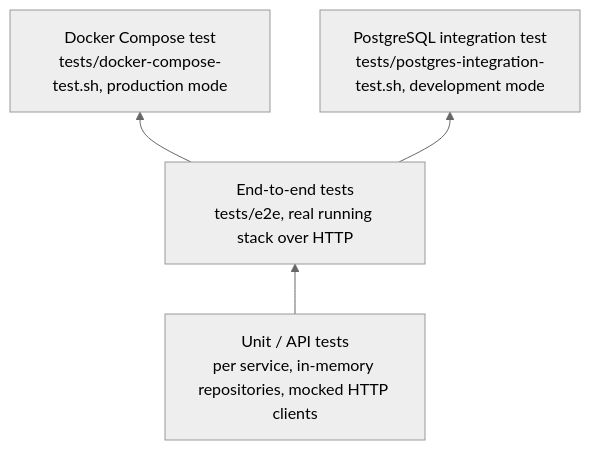
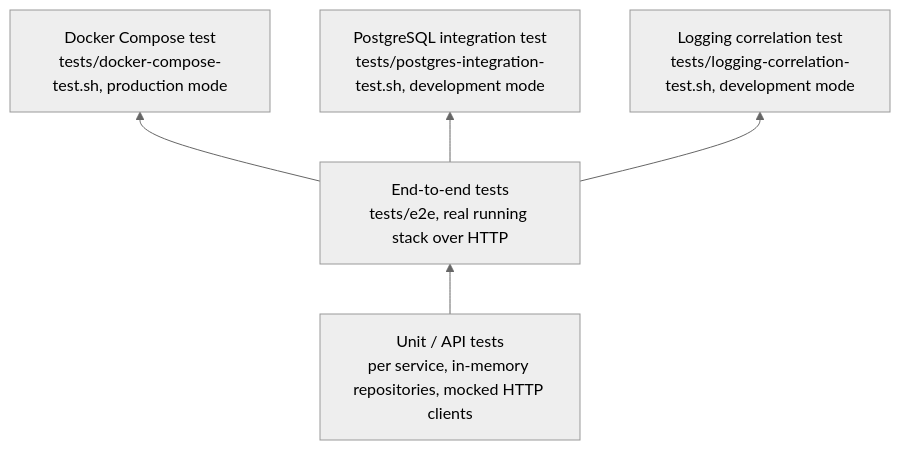
The diagram in docs/guides/testing.md (aliaagamall/pulsetrace), drawn with Mermaid (neutral theme) before and after one commit. The commit also changed other lines of this file and 10 other files, not shown here.

First line of the commit message:
docs(observability): document structured logging and request ID correlation

````diff
--- a/docs/guides/testing.md
+++ b/docs/guides/testing.md
@@ -7,6 +7,7 @@
 ```mermaid
 flowchart BT
     A["Unit / API tests<br/>per service, in-memory repositories, mocked HTTP clients"] --> B["End-to-end tests<br/>tests/e2e, real running stack over HTTP"]
     B --> C["Docker Compose test<br/>tests/docker-compose-test.sh, production mode"]
     B --> D["PostgreSQL integration test<br/>tests/postgres-integration-test.sh, development mode"]
+    B --> E["Logging correlation test<br/>tests/logging-correlation-test.sh, development mode"]
 ```
````
